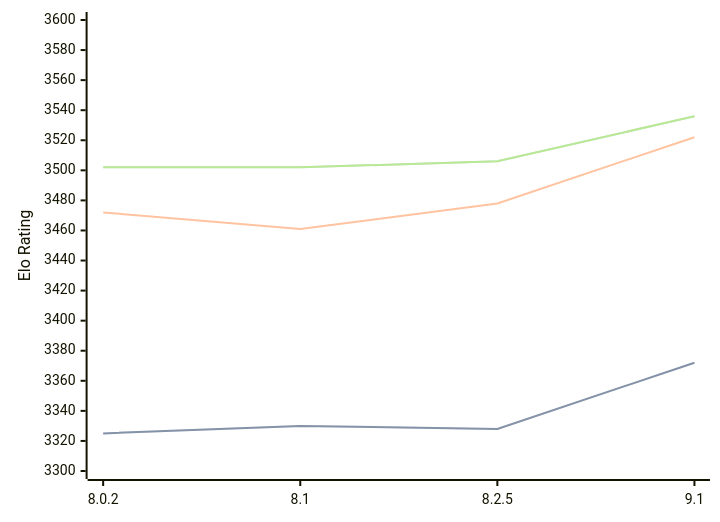
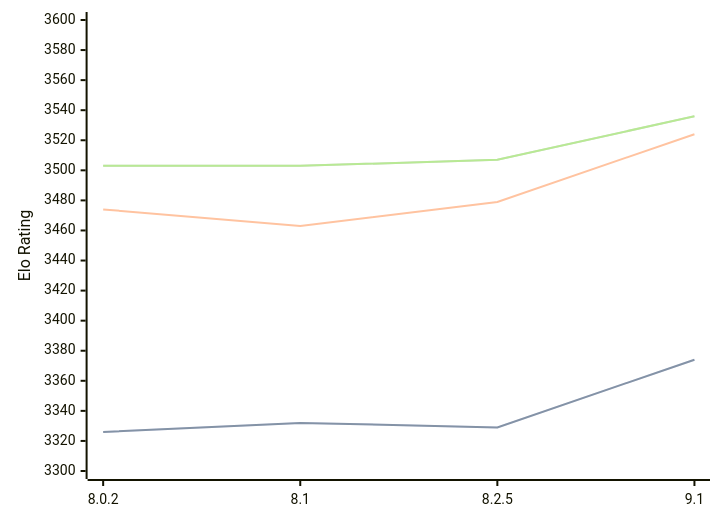
Before and after one commit to computer-chess-index/cci: the third of 3 diagrams in engines/Clover.md, drawn with Mermaid. The commit also changed other lines of this file, not shown here.

Commit message:
Update CCI Ratings (ELO VLTC) - 2026-07-12

````diff
--- a/engines/Clover.md
+++ b/engines/Clover.md
@@ -97,11 +97,11 @@
 ```mermaid
 %%{init: {"theme":"base","themeVariables":{"seriesColors:['#a3a3a3','#222221','#faa371']}}}%%
 xychart-beta
   x-axis ["8.0.2", "8.1", "8.2.5", "9.1"]
   y-axis "Elo Rating" 3300 --> 3600
-  line "STC (8.0+0.08s)" [3325, 3330, 3328, 3372]
-  line "STC (8.0+0.08s)" [3325, 3330, 3328, 3372]
-  line "LTC (60.0+0.60s)" [3472, 3461, 3478, 3522]
-  line "VLTC (2m24s+1.12s)" [3502, 3502, 3506, 3536]
-  line "VLTC (2m24s+1.12s)" [3502, 3502, 3506, 3536]
+  line "STC (8.0+0.08s)" [3326, 3332, 3329, 3374]
+  line "STC (8.0+0.08s)" [3326, 3332, 3329, 3374]
+  line "LTC (60.0+0.60s)" [3474, 3463, 3479, 3524]
+  line "VLTC (2m24s+1.12s)" [3503, 3503, 3507, 3536]
+  line "VLTC (2m24s+1.12s)" [3503, 3503, 3507, 3536]
 ```
````
